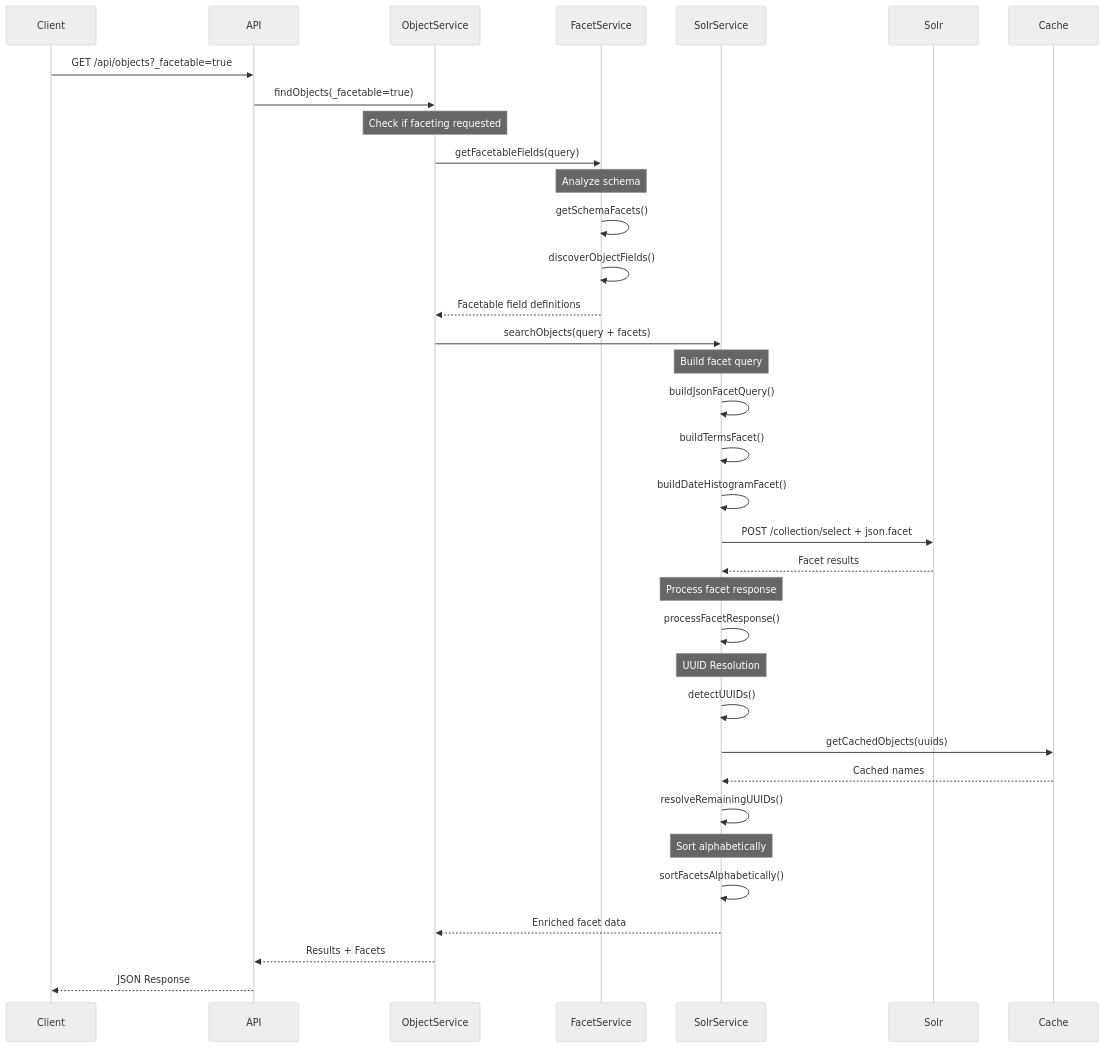
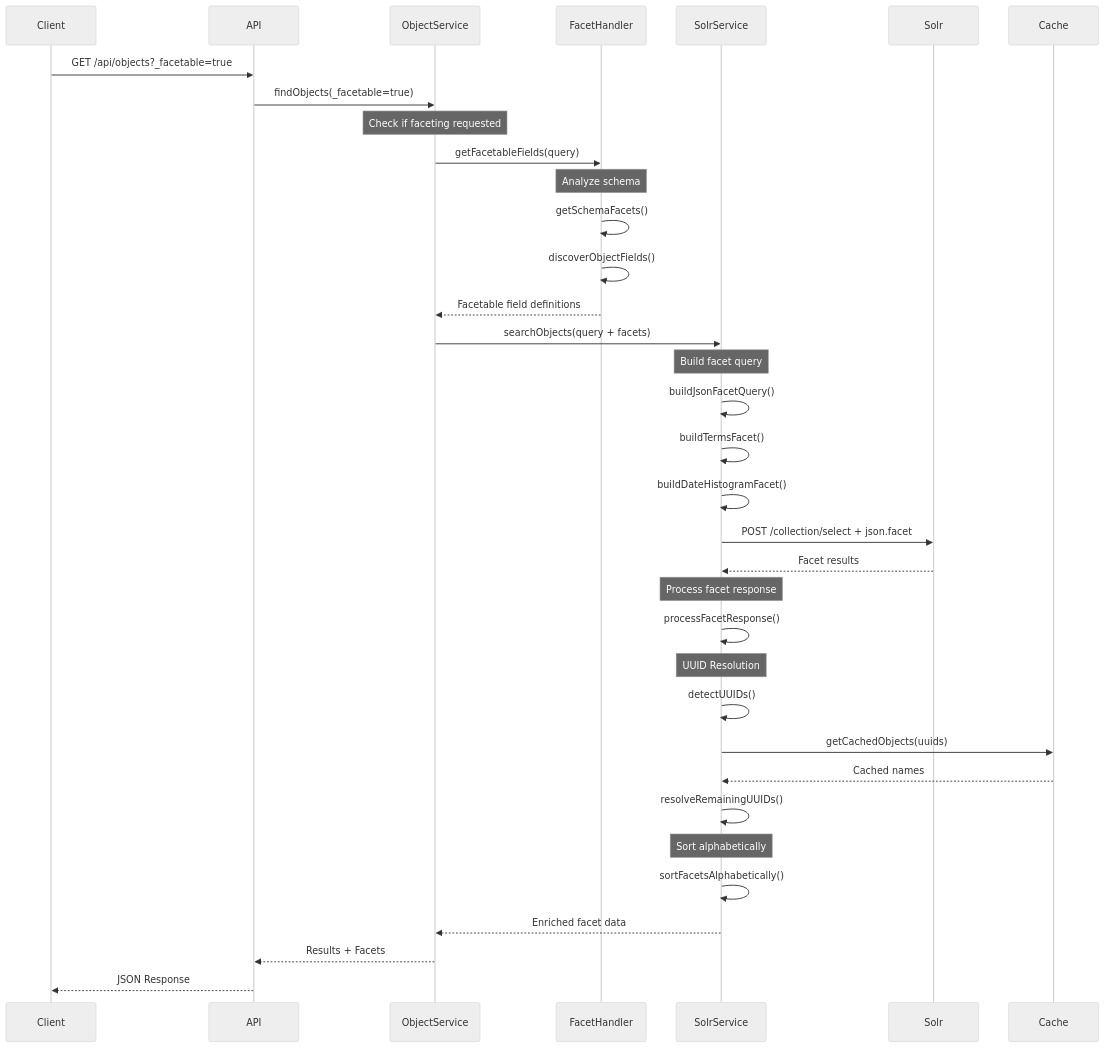
Before and after one commit to ConductionNL/openregister: the second of 7 diagrams in website/docs/Features/faceting.md, drawn with Mermaid (neutral theme). The commit also changed other lines of this file and 97 other files, not shown here.

````diff
--- a/website/docs/Features/faceting.md
+++ b/website/docs/Features/faceting.md
@@ -1552,48 +1552,48 @@
 ```mermaid
 sequenceDiagram
     participant Client
     participant API
     participant ObjectService
-    participant FacetService
+    participant FacetHandler
     participant SolrService
     participant Solr
     participant Cache
     
     Client->>API: GET /api/objects?_facetable=true
     API->>ObjectService: findObjects(_facetable=true)
     
     Note over ObjectService: Check if faceting requested
-    ObjectService->>FacetService: getFacetableFields(query)
+    ObjectService->>FacetHandler: getFacetableFields(query)
     
-    Note over FacetService: Analyze schema
-    FacetService->>FacetService: getSchemaFacets()
-    FacetService->>FacetService: discoverObjectFields()
+    Note over FacetHandler: Analyze schema
+    FacetHandler->>FacetHandler: getSchemaFacets()
+    FacetHandler->>FacetHandler: discoverObjectFields()
     
-    FacetService-->>ObjectService: Facetable field definitions
+    FacetHandler-->>ObjectService: Facetable field definitions
     
     ObjectService->>SolrService: searchObjects(query + facets)
     
     Note over SolrService: Build facet query
     SolrService->>SolrService: buildJsonFacetQuery()
     SolrService->>SolrService: buildTermsFacet()
     SolrService->>SolrService: buildDateHistogramFacet()
     
     SolrService->>Solr: POST /collection/select + json.facet
     Solr-->>SolrService: Facet results
     
     Note over SolrService: Process facet response
     SolrService->>SolrService: processFacetResponse()
     
     Note over SolrService: UUID Resolution
     SolrService->>SolrService: detectUUIDs()
     SolrService->>Cache: getCachedObjects(uuids)
     Cache-->>SolrService: Cached names
     SolrService->>SolrService: resolveRemainingUUIDs()
     
     Note over SolrService: Sort alphabetically
     SolrService->>SolrService: sortFacetsAlphabetically()
     
     SolrService-->>ObjectService: Enriched facet data
     ObjectService-->>API: Results + Facets
     API-->>Client: JSON Response
 ```
````
